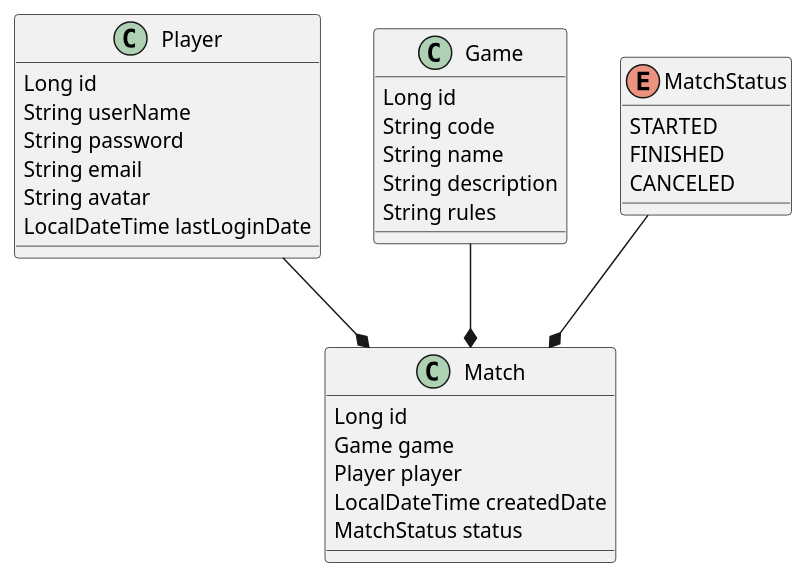
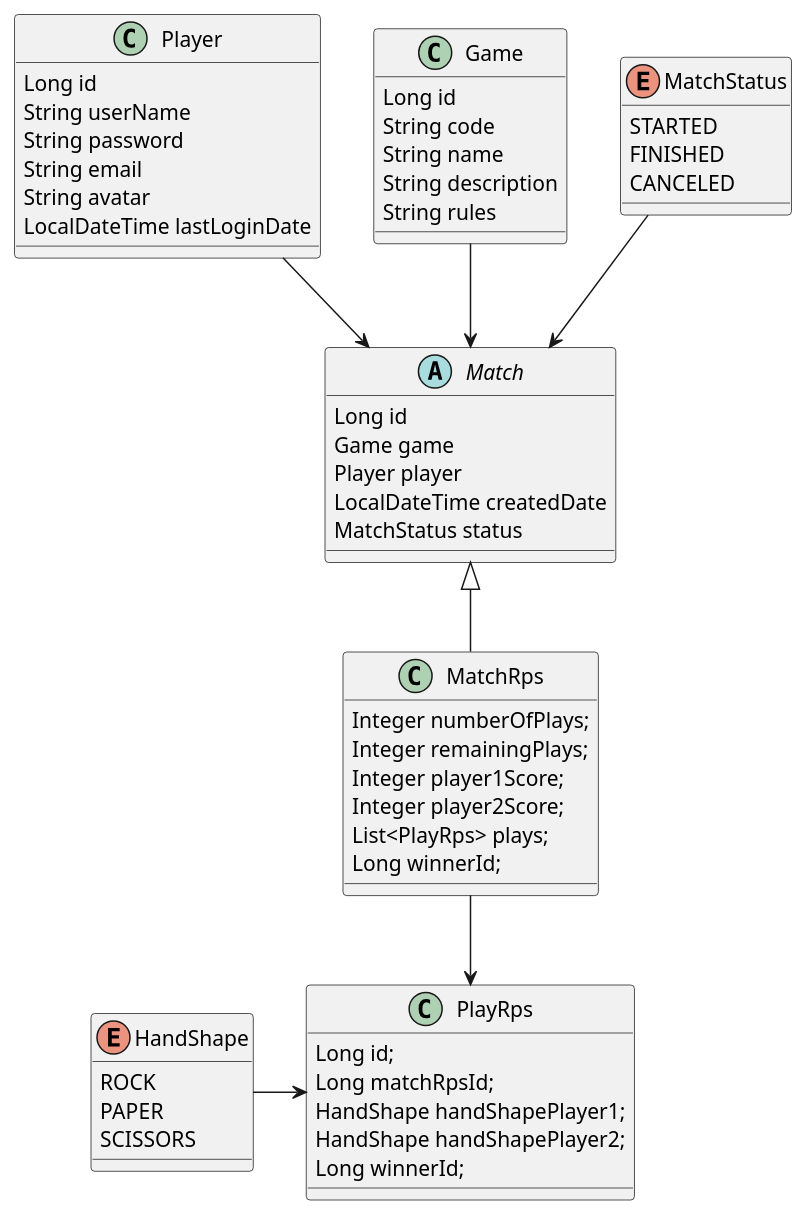
Before and after one commit to LeoLuiten/presentation: the diagram in docs/diagrams/model/model.puml, drawn with PlantUML. The commit also changed 11 other files, not shown here.

Commit message:
Added the RPS game support through entities, controller and MatchService's refactor. Implemented Factory pattern so to be able to extend the current development, so to support more games

```diff
--- a/docs/diagrams/model/model.puml
+++ b/docs/diagrams/model/model.puml
@@ -1,38 +1,70 @@
 @startuml
+
+skinparam class {
+    BackgroundColor<<Match>> PaleGreen
+    BackgroundColor<<MatchRps>> PaleGoldenRod
+}
 
 class Player {
     Long id
     String userName
     String password
     String email
     String avatar
     LocalDateTime lastLoginDate
 }
 
 class Game {
     Long id
     String code
     String name
     String description
     String rules
 }
 
-class Match {
+enum MatchStatus {
+    STARTED
+    FINISHED
+    CANCELED
+}
+
+abstract class Match {
     Long id
     Game game
     Player player
     LocalDateTime createdDate
     MatchStatus status
 }
 
-enum MatchStatus {
-    STARTED
-    FINISHED
-    CANCELED
+class MatchRps {
+    Integer numberOfPlays;
+    Integer remainingPlays;
+    Integer player1Score;
+    Integer player2Score;
+    List<PlayRps> plays;
+    Long winnerId;
 }
 
-MatchStatus --* Match
-Game --* Match
-Player --* Match
+class PlayRps {
+    Long id;
+    Long matchRpsId;
+    HandShape handShapePlayer1;
+    HandShape handShapePlayer2;
+    Long winnerId;
+}
+
+enum HandShape {
+    ROCK
+    PAPER
+    SCISSORS
+}
+
+Player -down-> Match
+Game -down-> Match
+MatchStatus -down-> Match
+
+Match <|-down- MatchRps
+MatchRps -down-> PlayRps
+HandShape -right-> PlayRps
 
 @enduml
```
